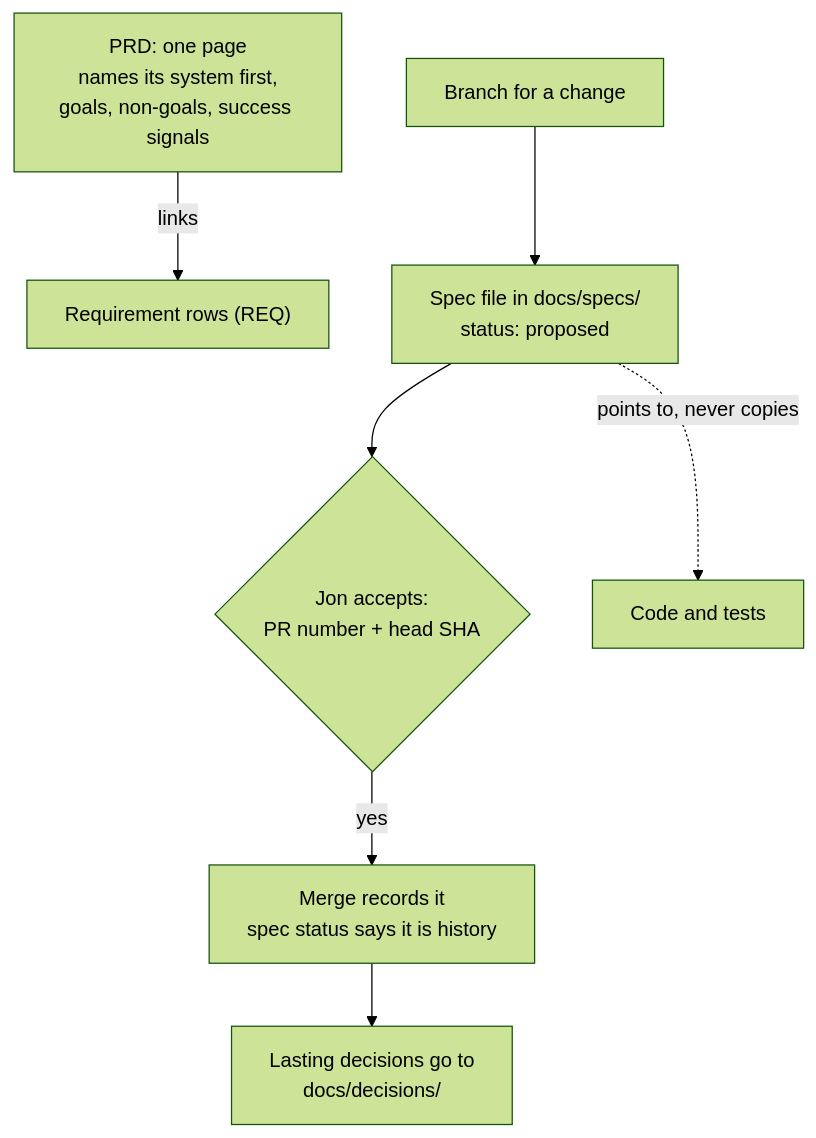
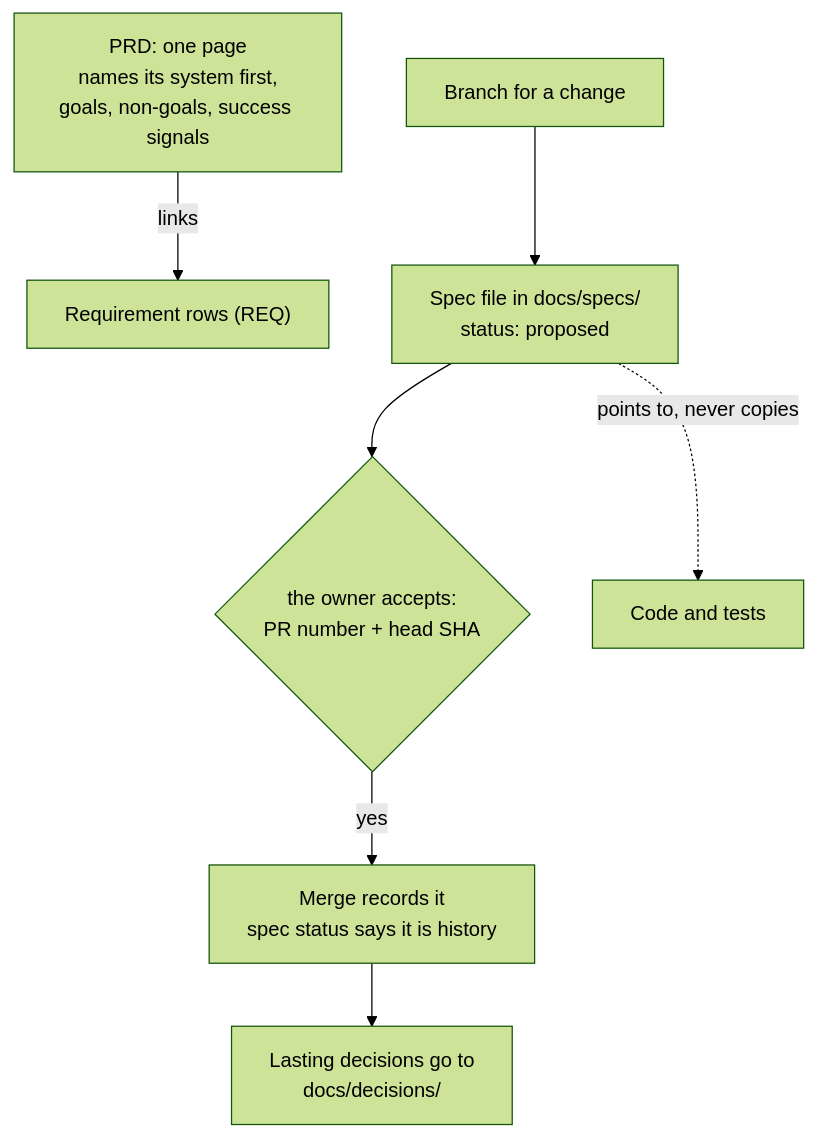
One commit to jonhill90/central-hub changed the diagram in docs/decisions/0007-use-a-one-page-prd-and-frozen-per-change-specs.md. Above: the diagram before and after it, drawn with Mermaid (forest theme). The commit also changed other lines of this file and 16 other files, not shown here.

````diff
--- a/docs/decisions/0007-use-a-one-page-prd-and-frozen-per-change-specs.md
+++ b/docs/decisions/0007-use-a-one-page-prd-and-frozen-per-change-specs.md
@@ -58,9 +58,9 @@
 ```mermaid
 flowchart TB
   PRD["PRD: one page<br/>names its system first,<br/>goals, non-goals, success signals"] -- links --> REQ["Requirement rows (REQ)"]
   B["Branch for a change"] --> S["Spec file in docs/specs/<br/>status: proposed"]
-  S --> J{"Jon accepts:<br/>PR number + head SHA"}
+  S --> J{"the owner accepts:<br/>PR number + head SHA"}
   J -- yes --> M["Merge records it<br/>spec status says it is history"]
   M --> D["Lasting decisions go to<br/>docs/decisions/"]
   S -. "points to, never copies" .-> C["Code and tests"]
 ```
````
